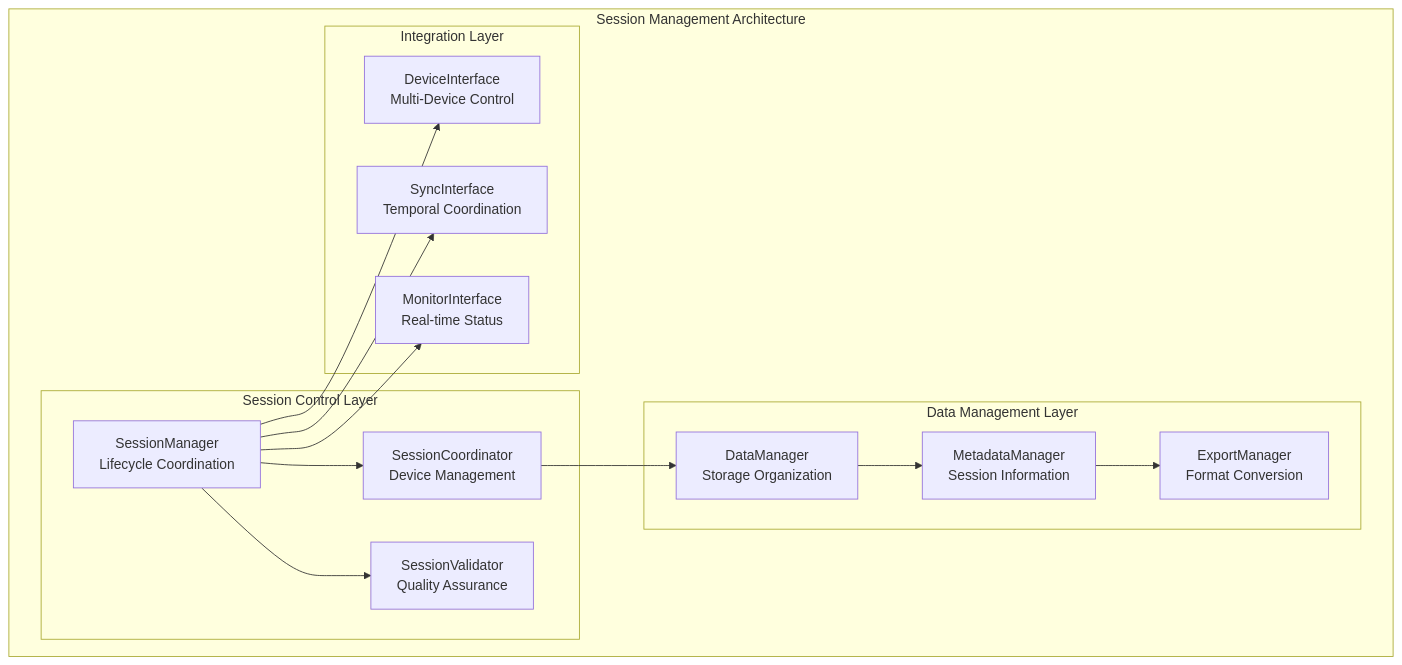
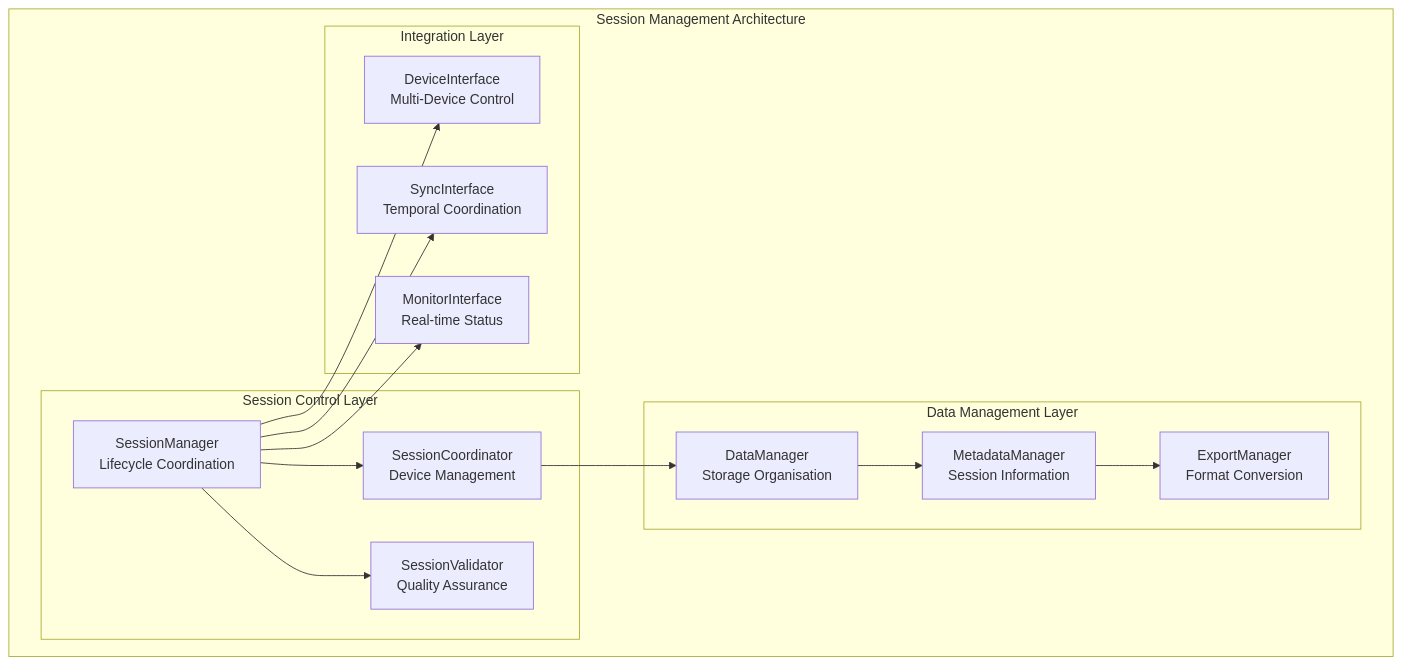
Before and after one commit to buccancs/fyp-multi-sensor-recording-system: the first of 2 diagrams in docs/module_deep_dive/session_management_readme.md, drawn with Mermaid. The commit also changed other lines of this file and 58 other files, not shown here.

````diff
--- a/docs/module_deep_dive/session_management_readme.md
+++ b/docs/module_deep_dive/session_management_readme.md
@@ -25,32 +25,32 @@
 ```mermaid
 graph TB
     subgraph "Session Management Architecture"
         subgraph "Session Control Layer"
             SM[SessionManager<br/>Lifecycle Coordination]
             SC[SessionCoordinator<br/>Device Management]
             SV[SessionValidator<br/>Quality Assurance]
         end
         
         subgraph "Data Management Layer"
-            DM[DataManager<br/>Storage Organization]
+            DM[DataManager<br/>Storage Organisation]
             MM[MetadataManager<br/>Session Information]
             EM[ExportManager<br/>Format Conversion]
         end
         
         subgraph "Integration Layer"
             DI[DeviceInterface<br/>Multi-Device Control]
             SI[SyncInterface<br/>Temporal Coordination]
             MI[MonitorInterface<br/>Real-time Status]
         end
     end
     
     SM --> SC
     SM --> SV
     SC --> DM
     DM --> MM
     MM --> EM
     
     SM --> DI
     SM --> SI
     SM --> MI
 ```
````
